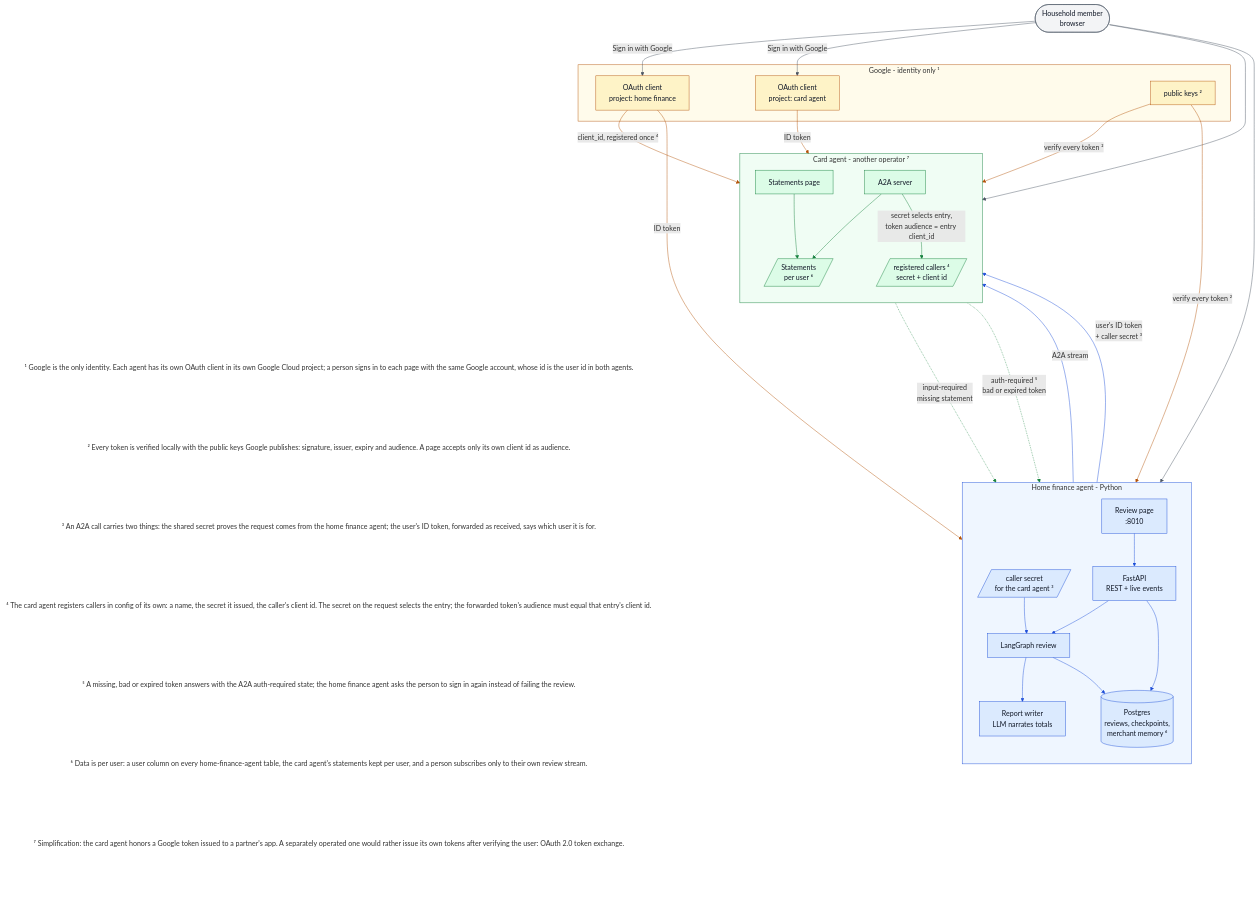
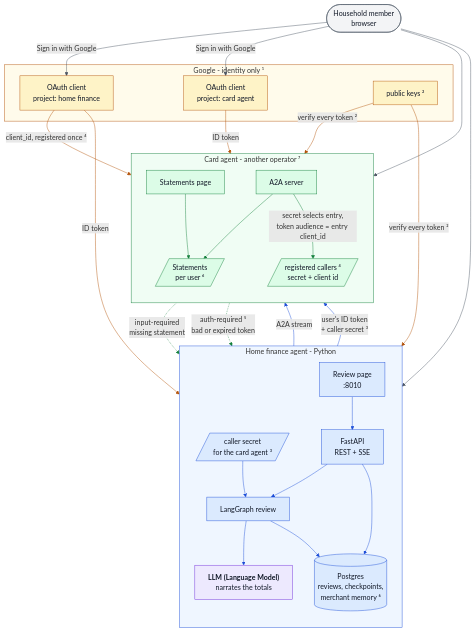
Before and after one commit to erancha/home-finance-agent: the diagram in docs/sign-in.md, drawn with Mermaid. The commit also changed other lines of this file and 10 other files, not shown here.

````diff
--- a/docs/sign-in.md
+++ b/docs/sign-in.md
@@ -21,9 +25,9 @@
   subgraph HFA[Home finance agent  - Python]
     direction TB
     HP[Review page<br/>:8010]
-    HAPI[FastAPI<br/>REST + live events]
+    HAPI[FastAPI<br/>REST + SSE]
     HG[LangGraph review]
-    HLLM[Report writer<br/>LLM narrates totals]
+    HLLM["<b>LLM (Language Model)</b><br/>narrates the totals"]
     HDB[(Postgres<br/>reviews, checkpoints,<br/>merchant memory ⁶)]
     HSEC[/caller secret<br/>for the card agent ³/]
   end
@@ -72,59 +76,24 @@
   GK -- "verify every token ²" --> HFA
   GK -- "verify every token ²" --> AMX
 
-  subgraph NOTES[ ]
-    direction TB
-    subgraph N1[¹ Google is the only identity. Each agent has its own OAuth client in its own Google Cloud project; a person signs in to each page with the same Google account, whose id is the user id in both agents.]
-      n1[ ]
-    end
-    subgraph N2[² Every token is verified locally with the public keys Google publishes: signature, issuer, expiry and audience. A page accepts only its own client id as audience.]
-      n2[ ]
-    end
-    subgraph N3[³ An A2A call carries two things: the shared secret proves the request comes from the home finance agent; the user's ID token, forwarded as received, says which user it is for.]
-      n3[ ]
-    end
-    subgraph N4[⁴ The card agent registers callers in config of its own: a name, the secret it issued, the caller's client id. The secret on the request selects the entry; the forwarded token's audience must equal that entry's client id.]
-      n4[ ]
-    end
-    subgraph N5[⁵ A missing, bad or expired token answers with the A2A auth-required state; the home finance agent asks the person to sign in again instead of failing the review.]
-      n5[ ]
-    end
-    subgraph N6[⁶ Data is per user: a user column on every home-finance-agent table, the card agent's statements kept per user, and a person subscribes only to their own review stream.]
-      n6[ ]
-    end
-    subgraph N7[⁷ Simplification: the card agent honors a Google token issued to a partner's app. A separately operated one would rather issue its own tokens after verifying the user: OAuth 2.0 token exchange.]
-      n7[ ]
-    end
-    n1 ~~~ n2 ~~~ n3 ~~~ n4 ~~~ n5 ~~~ n6 ~~~ n7
-  end
-  AFS ~~~ n1
-
   %% node colors per agent
   classDef user fill:#f3f4f6,stroke:#4b5563,color:#111827
   classDef hfa fill:#dbeafe,stroke:#1d4ed8,color:#111827
   classDef amx fill:#dcfce7,stroke:#15803d,color:#111827
   classDef goog fill:#fef3c7,stroke:#b45309,color:#111827
-  classDef blank fill:#ffffff,stroke:#ffffff,color:#ffffff
+  classDef llm fill:#ede9fe,stroke:#6d28d9,color:#111827
   class U user
-  class HP,HAPI,HG,HLLM,HDB,HSEC hfa
+  class HP,HAPI,HG,HDB,HSEC hfa
+  class HLLM llm
   class AP,AA2A,AFS,AREG amx
   class GC1,GC2,GK goog
-  class n1,n2,n3,n4,n5,n6,n7 blank
   style HFA fill:#eff6ff,stroke:#1d4ed8
   style AMX fill:#f0fdf4,stroke:#15803d
   style GOOG fill:#fffbeb,stroke:#b45309
-  style NOTES fill:#ffffff,stroke:#ffffff
 
   %% arrow colors by originating agent
   linkStyle 0,1,2,3 stroke:#4b5563
   linkStyle 4,5,6,7,8,9,10,11 stroke:#1d4ed8
   linkStyle 12,13,14,15,16 stroke:#15803d
   linkStyle 17,18,19,20,21 stroke:#b45309
-  style N1 fill:#ffffff,stroke:#ffffff
-  style N2 fill:#ffffff,stroke:#ffffff
-  style N3 fill:#ffffff,stroke:#ffffff
-  style N4 fill:#ffffff,stroke:#ffffff
-  style N5 fill:#ffffff,stroke:#ffffff
-  style N6 fill:#ffffff,stroke:#ffffff
-  style N7 fill:#ffffff,stroke:#ffffff
 ```
````
